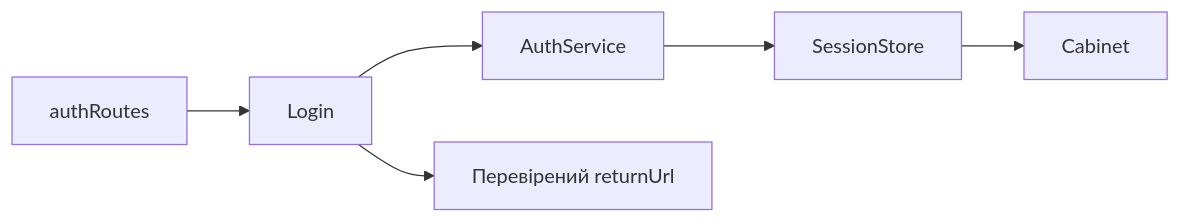
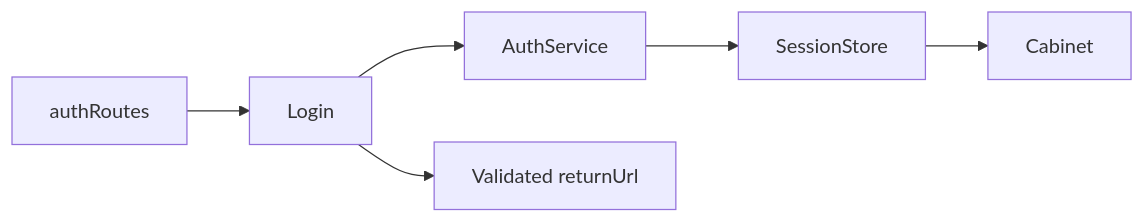
The diagram in docs/features/storefront/account/auth.md (Weretik/kedr-web), drawn with Mermaid before and after one commit. The commit also changed other lines of this file and 95 other files, not shown here.

Commit message:
docs(frontend): reconcile architecture and feature guidance

````diff
--- a/docs/features/storefront/account/auth.md
+++ b/docs/features/storefront/account/auth.md
@@ -10,8 +10,8 @@
 ```mermaid
 flowchart LR
 Route["authRoutes"] --> Login["Login"]
 Login --> Service["AuthService"]
 Service --> Session["SessionStore"]
 Session --> Cabinet["Cabinet"]
-Login --> Return["Перевірений returnUrl"]
+Login --> Return["Validated returnUrl"]
 ```
````
